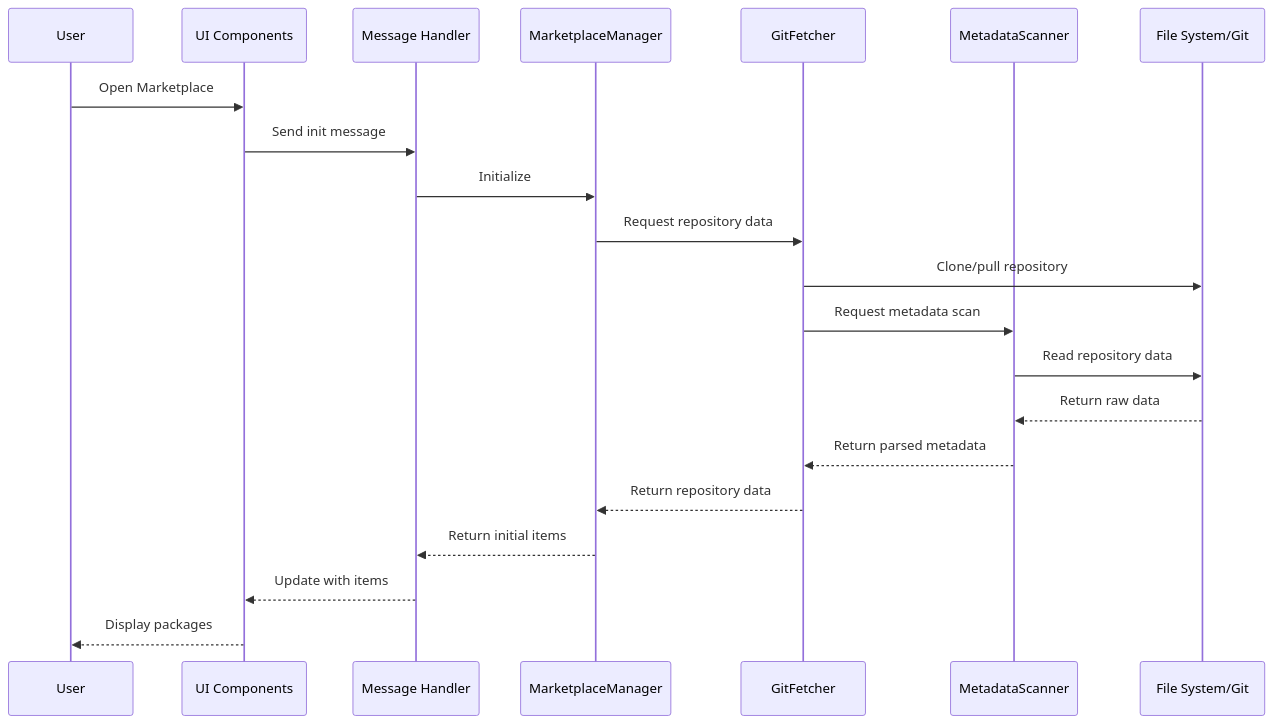
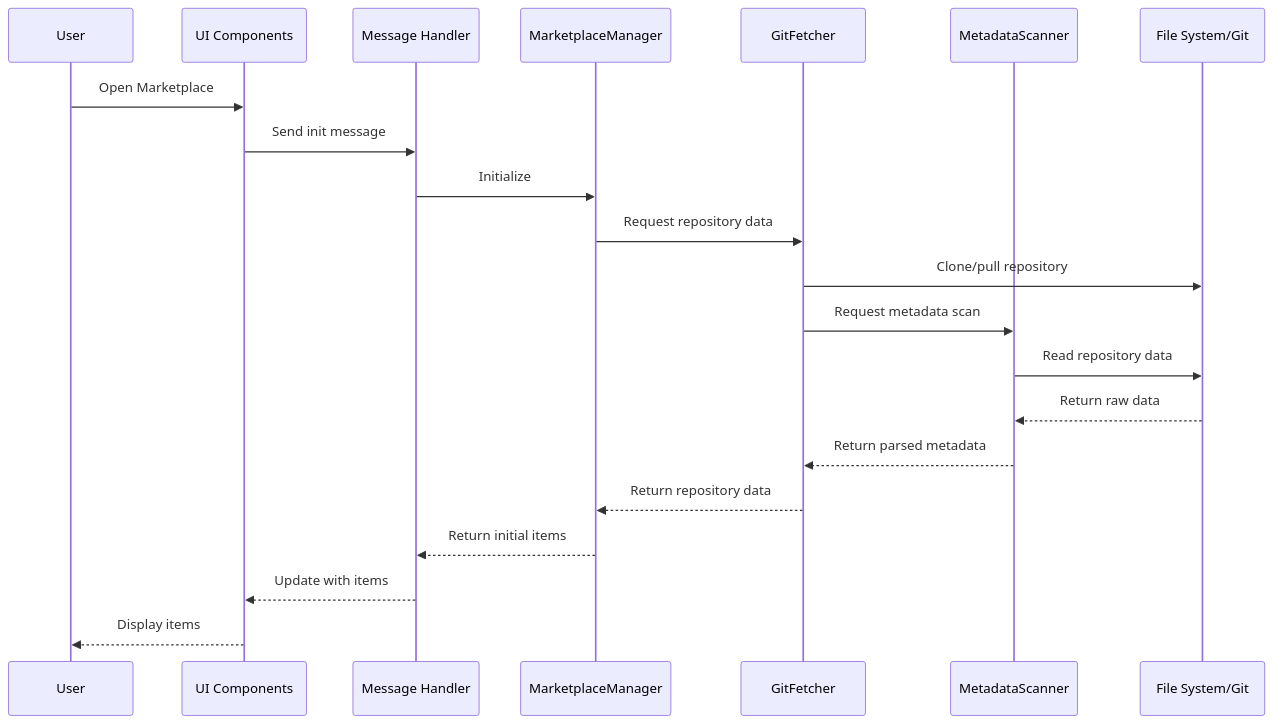
One commit to NamesMT/Roo-Code changed the third of 5 diagrams in cline_docs/marketplace/implementation/01-architecture.md. Above: the diagram before and after it, drawn with Mermaid. The commit also changed other lines of this file and 82 other files, not shown here.

````diff
--- a/cline_docs/marketplace/implementation/01-architecture.md
+++ b/cline_docs/marketplace/implementation/01-architecture.md
@@ -99,24 +99,24 @@
 ```mermaid
 sequenceDiagram
     participant User
     participant UI as UI Components
     participant MH as Message Handler
     participant PM as MarketplaceManager
     participant GF as GitFetcher
     participant MS as MetadataScanner
     participant FS as File System/Git
 
     User->>UI: Open Marketplace
     UI->>MH: Send init message
     MH->>PM: Initialize
     PM->>GF: Request repository data
     GF->>FS: Clone/pull repository
     GF->>MS: Request metadata scan
     MS->>FS: Read repository data
     FS-->>MS: Return raw data
     MS-->>GF: Return parsed metadata
     GF-->>PM: Return repository data
     PM-->>MH: Return initial items
     MH-->>UI: Update with items
-    UI-->>User: Display packages
+    UI-->>User: Display items
 ```
````
